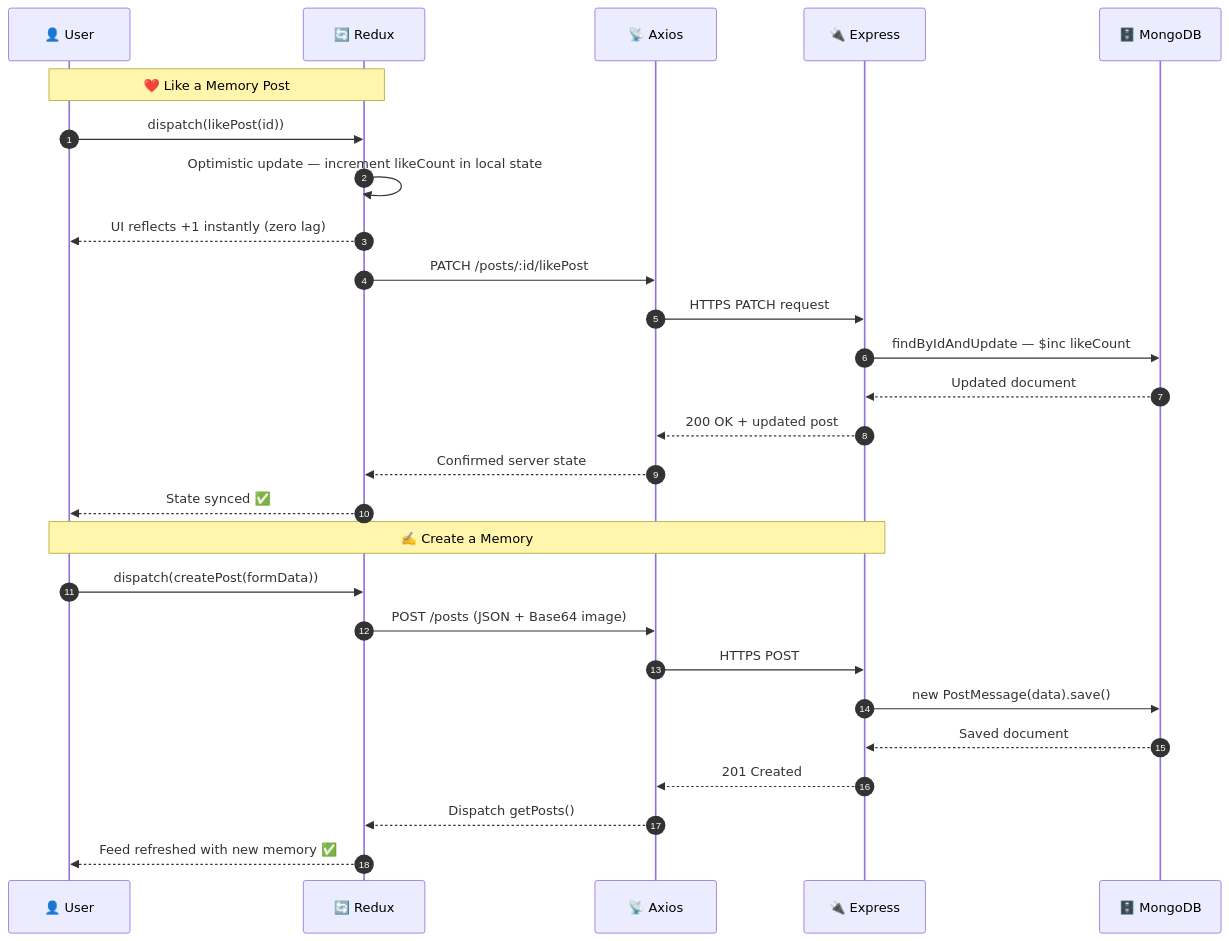
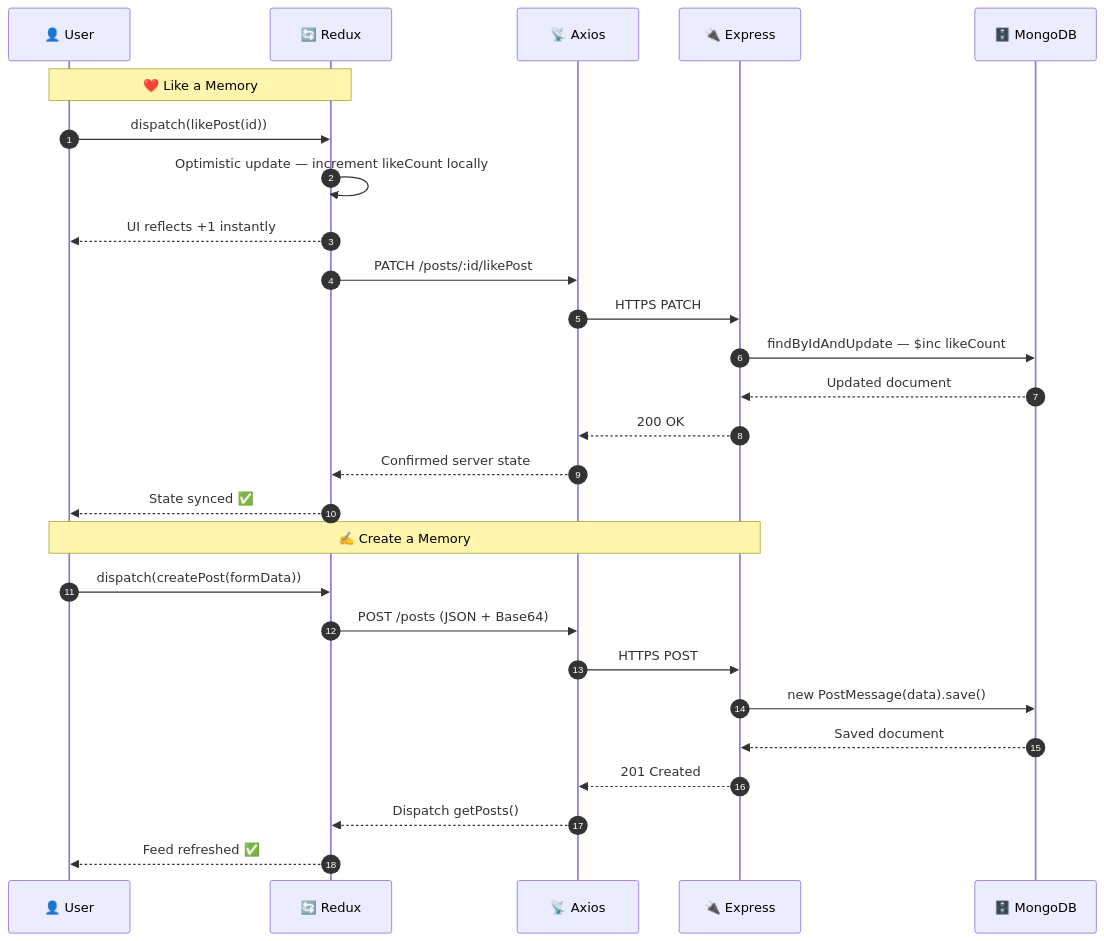
Before and after one commit to salonyranjan/Rewind: the third of 3 diagrams in README.md, drawn with Mermaid. The commit also changed other lines of this file, not shown here.

````diff
--- a/README.md
+++ b/README.md
@@ -267,32 +203,32 @@
 ```mermaid
 sequenceDiagram
     autonumber
-    participant U  as 👤 User
+    participant U as 👤 User
     participant RX as 🔄 Redux
     participant AX as 📡 Axios
     participant EX as 🔌 Express
     participant DB as 🗄️ MongoDB
 
-    Note over U,RX: ❤️ Like a Memory Post
+    Note over U,RX: ❤️ Like a Memory
     U->>RX: dispatch(likePost(id))
-    RX->>RX: Optimistic update — increment likeCount in local state
-    RX-->>U: UI reflects +1 instantly (zero lag)
+    RX->>RX: Optimistic update — increment likeCount locally
+    RX-->>U: UI reflects +1 instantly
 
     RX->>AX: PATCH /posts/:id/likePost
-    AX->>EX: HTTPS PATCH request
+    AX->>EX: HTTPS PATCH
     EX->>DB: findByIdAndUpdate — $inc likeCount
     DB-->>EX: Updated document
-    EX-->>AX: 200 OK + updated post
+    EX-->>AX: 200 OK
     AX-->>RX: Confirmed server state
     RX-->>U: State synced ✅
 
     Note over U,EX: ✍️ Create a Memory
     U->>RX: dispatch(createPost(formData))
-    RX->>AX: POST /posts (JSON + Base64 image)
+    RX->>AX: POST /posts (JSON + Base64)
     AX->>EX: HTTPS POST
     EX->>DB: new PostMessage(data).save()
     DB-->>EX: Saved document
     EX-->>AX: 201 Created
     AX-->>RX: Dispatch getPosts()
-    RX-->>U: Feed refreshed with new memory ✅
+    RX-->>U: Feed refreshed ✅
 ```
````
